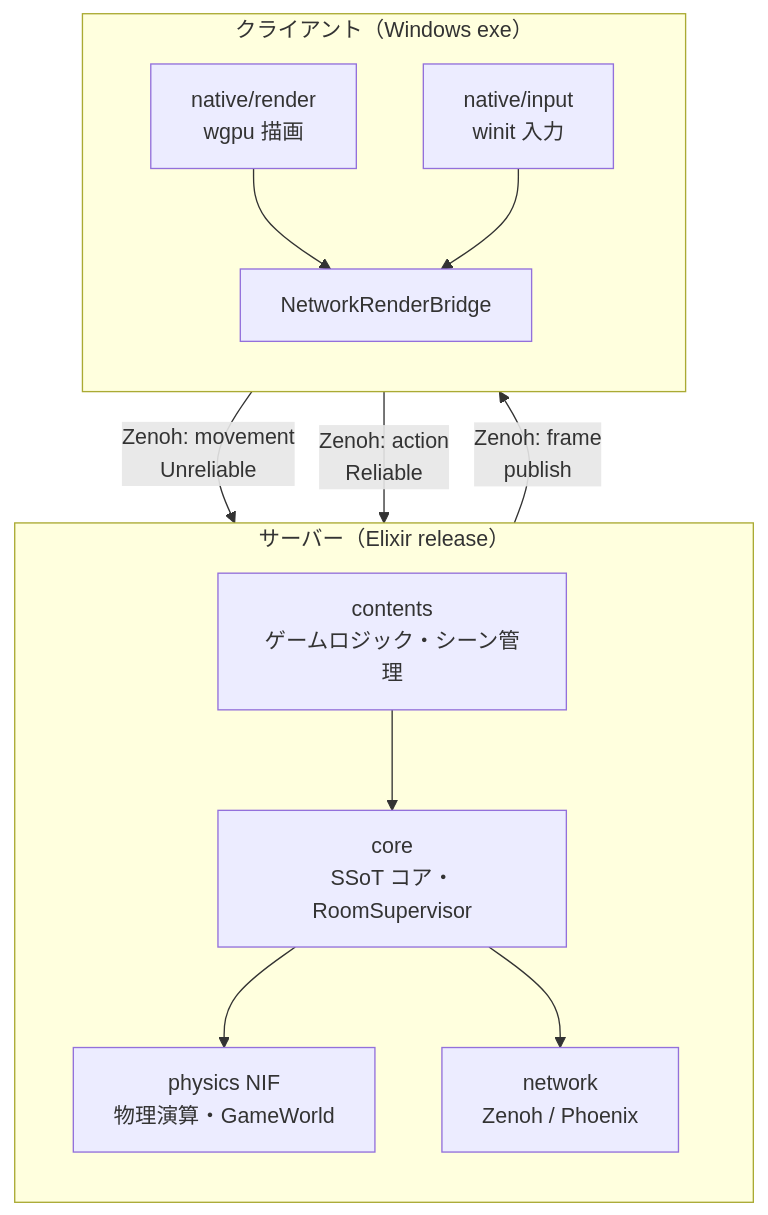
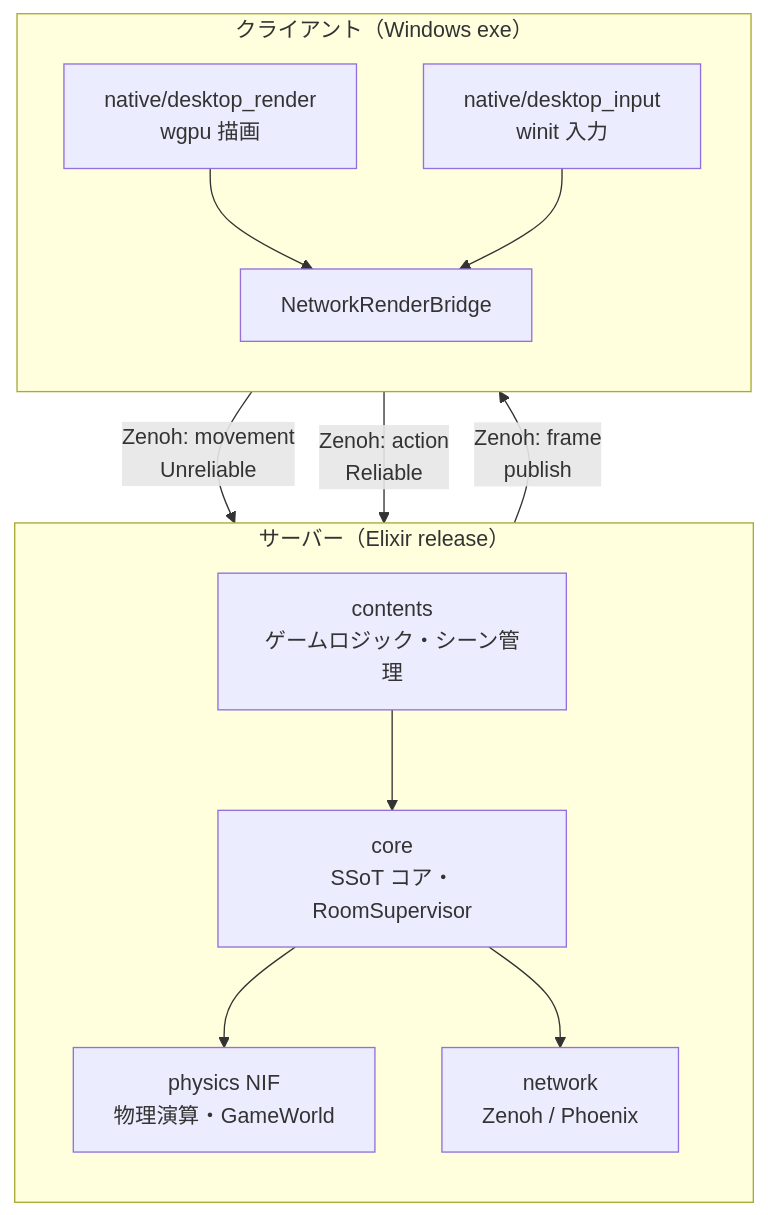
The first of 3 diagrams in docs/plan/client-server-separation-procedure.md (FRICK-ELDY/alchemy-engine), drawn with Mermaid before and after one commit. The commit also changed 53 other files, not shown here.

Commit message:
refactor(native): input/render を desktop_* にリネーム

````diff
--- a/docs/plan/client-server-separation-procedure.md
+++ b/docs/plan/client-server-separation-procedure.md
@@ -25,28 +25,28 @@
 ```mermaid
 flowchart TB
     subgraph Server["サーバー（Elixir release）"]
         direction TB
         Contents[contents<br/>ゲームロジック・シーン管理]
         Core[core<br/>SSoT コア・RoomSupervisor]
         PhysicsNIF[physics NIF<br/>物理演算・GameWorld]
         Network[network<br/>Zenoh / Phoenix]
         
         Contents --> Core
         Core --> PhysicsNIF
         Core --> Network
     end
     
     subgraph Client["クライアント（Windows exe）"]
         direction TB
-        Render[native/render<br/>wgpu 描画]
-        Input[native/input<br/>winit 入力]
+        Render[native/desktop_render<br/>wgpu 描画]
+        Input[native/desktop_input<br/>winit 入力]
         Bridge[NetworkRenderBridge]
         
         Render --> Bridge
         Input --> Bridge
     end
     
     Server -->|"Zenoh: frame<br/>publish"| Client
     Client -->|"Zenoh: movement<br/>Unreliable"| Server
     Client -->|"Zenoh: action<br/>Reliable"| Server
 ```
````
